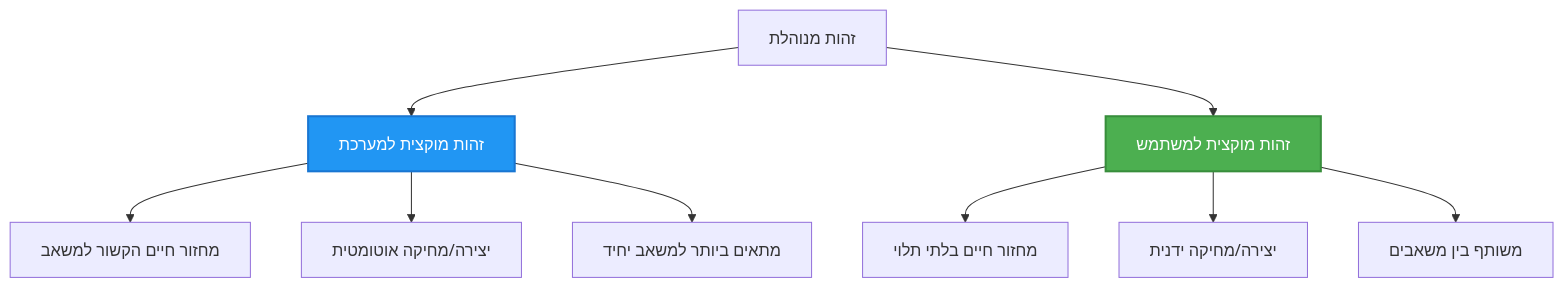
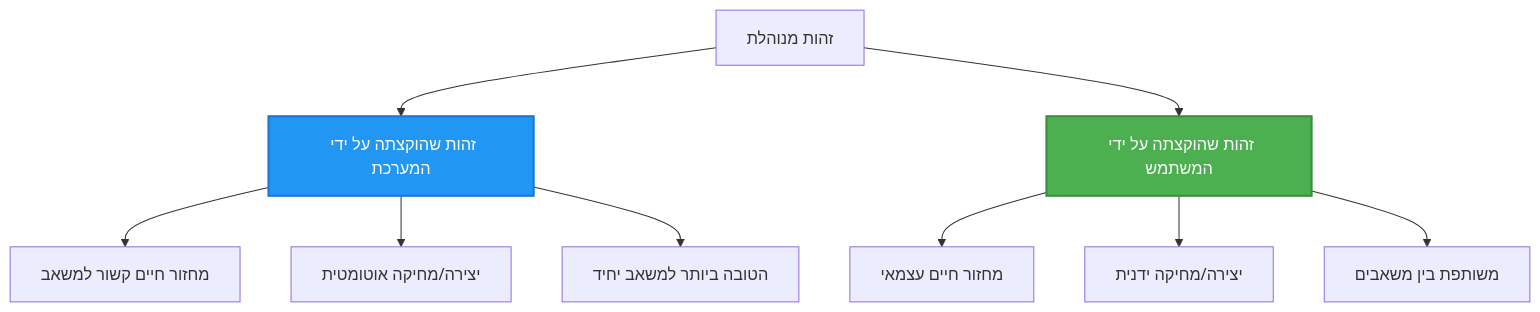
One commit to microsoft/AZD-for-beginners changed the second of 2 diagrams in translations/he/docs/chapter-03-configuration/authsecurity.md. Above: the diagram before and after it, drawn with Mermaid. The commit also changed other lines of this file and 104 other files, not shown here.

````diff
--- a/translations/he/docs/chapter-03-configuration/authsecurity.md
+++ b/translations/he/docs/chapter-03-configuration/authsecurity.md
@@ -97,20 +98,20 @@
 ```mermaid
 graph TB
     MI[זהות מנוהלת]
-    SystemAssigned[זהות מוקצית למערכת]
-    UserAssigned[זהות מוקצית למשתמש]
+    SystemAssigned[זהות שהוקצתה על ידי המערכת]
+    UserAssigned[זהות שהוקצתה על ידי המשתמש]
     
     MI --> SystemAssigned
     MI --> UserAssigned
     
-    SystemAssigned --> SA1[מחזור חיים הקשור למשאב]
+    SystemAssigned --> SA1[מחזור חיים קשור למשאב]
     SystemAssigned --> SA2[יצירה/מחיקה אוטומטית]
-    SystemAssigned --> SA3[מתאים ביותר למשאב יחיד]
+    SystemAssigned --> SA3[הטובה ביותר למשאב יחיד]
     
-    UserAssigned --> UA1[מחזור חיים בלתי תלוי]
+    UserAssigned --> UA1[מחזור חיים עצמאי]
     UserAssigned --> UA2[יצירה/מחיקה ידנית]
-    UserAssigned --> UA3[משותף בין משאבים]
+    UserAssigned --> UA3[משותפת בין משאבים]
     
     style SystemAssigned fill:#2196F3,stroke:#1976D2,stroke-width:2px,color:#fff
     style UserAssigned fill:#4CAF50,stroke:#388E3C,stroke-width:2px,color:#fff
 ```
````
